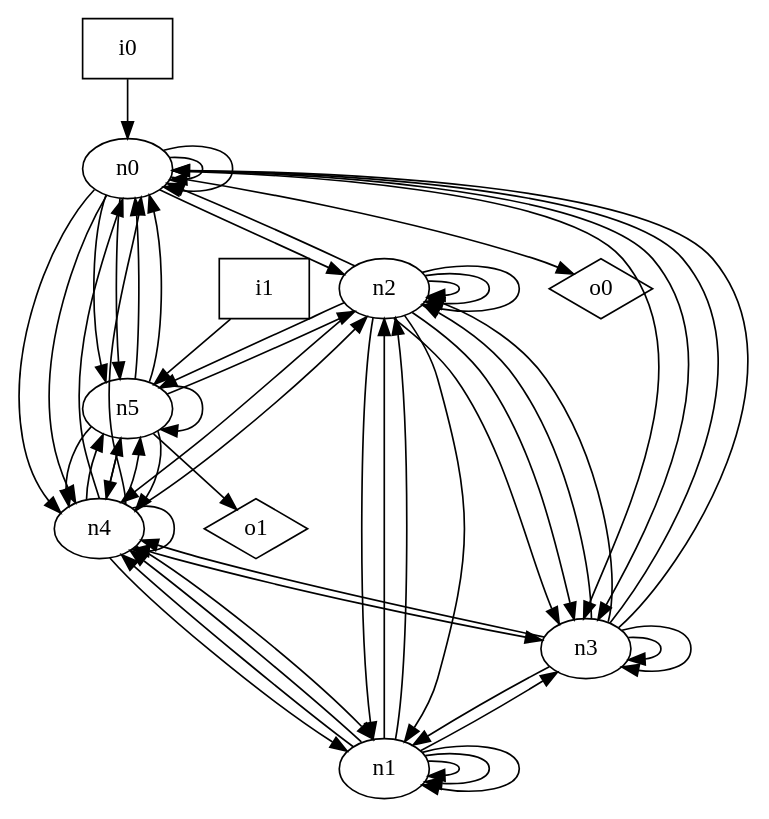
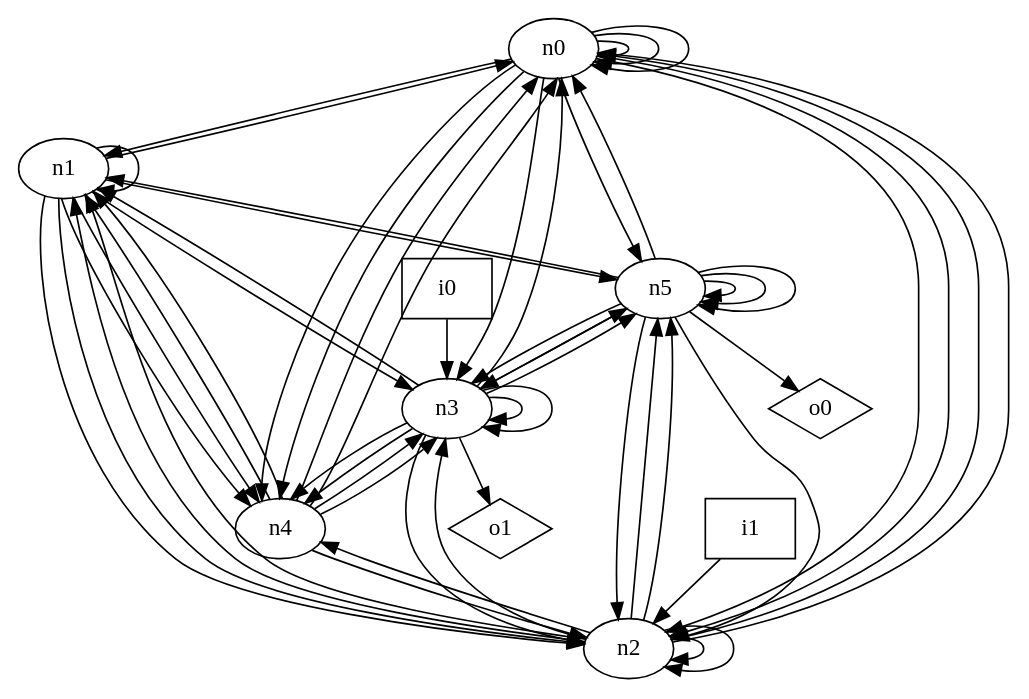
The diagram in dot_files/random_graph/undirected_graph.dot (p9romain/bool-circuits), drawn with Graphviz before and after one commit. The commit also changed 73 other files, not shown here.

```diff
--- a/dot_files/random_graph/undirected_graph.dot
+++ b/dot_files/random_graph/undirected_graph.dot
@@ -1,68 +1,69 @@
 digraph G {
 n0 [label="n0"];
 n1 [label="n1"];
 n2 [label="n2"];
 n3 [label="n3"];
 n4 [label="n4"];
 n5 [label="n5"];
 n6 [label="i0",shape="box"];
 n7 [label="i1",shape="box"];
 n8 [label="o0",shape="diamond"];
 n9 [label="o1",shape="diamond"];
 n0 -> n0
 n0 -> n0
+n0 -> n0
+n0 -> n1
 n0 -> n2
-n0 -> n3
+n0 -> n2
 n0 -> n3
 n0 -> n4
 n0 -> n4
 n0 -> n5
-n0 -> n5
-n0 -> n8
-n1 -> n1
-n1 -> n1
+n1 -> n0
 n1 -> n1
 n1 -> n2
 n1 -> n2
 n1 -> n3
 n1 -> n4
 n1 -> n4
+n1 -> n5
+n2 -> n0
 n2 -> n0
 n2 -> n1
 n2 -> n1
 n2 -> n2
 n2 -> n2
-n2 -> n2
-n2 -> n3
 n2 -> n3
 n2 -> n4
 n2 -> n5
-n3 -> n0
+n2 -> n5
 n3 -> n0
 n3 -> n1
-n3 -> n2
 n3 -> n2
 n3 -> n3
 n3 -> n3
 n3 -> n4
+n3 -> n4
+n3 -> n5
+n3 -> n5
+n3 -> n9
 n4 -> n0
 n4 -> n0
 n4 -> n1
 n4 -> n1
 n4 -> n2
 n4 -> n3
-n4 -> n4
-n4 -> n5
-n4 -> n5
-n4 -> n5
+n4 -> n3
 n5 -> n0
-n5 -> n0
+n5 -> n1
 n5 -> n2
-n5 -> n4
-n5 -> n4
-n5 -> n4
+n5 -> n2
+n5 -> n3
+n5 -> n3
 n5 -> n5
-n5 -> n9
-n6 -> n0
-n7 -> n5
+n5 -> n5
+n5 -> n5
+n5 -> n8
+n6 -> n3
+n7 -> n2
 }
```
